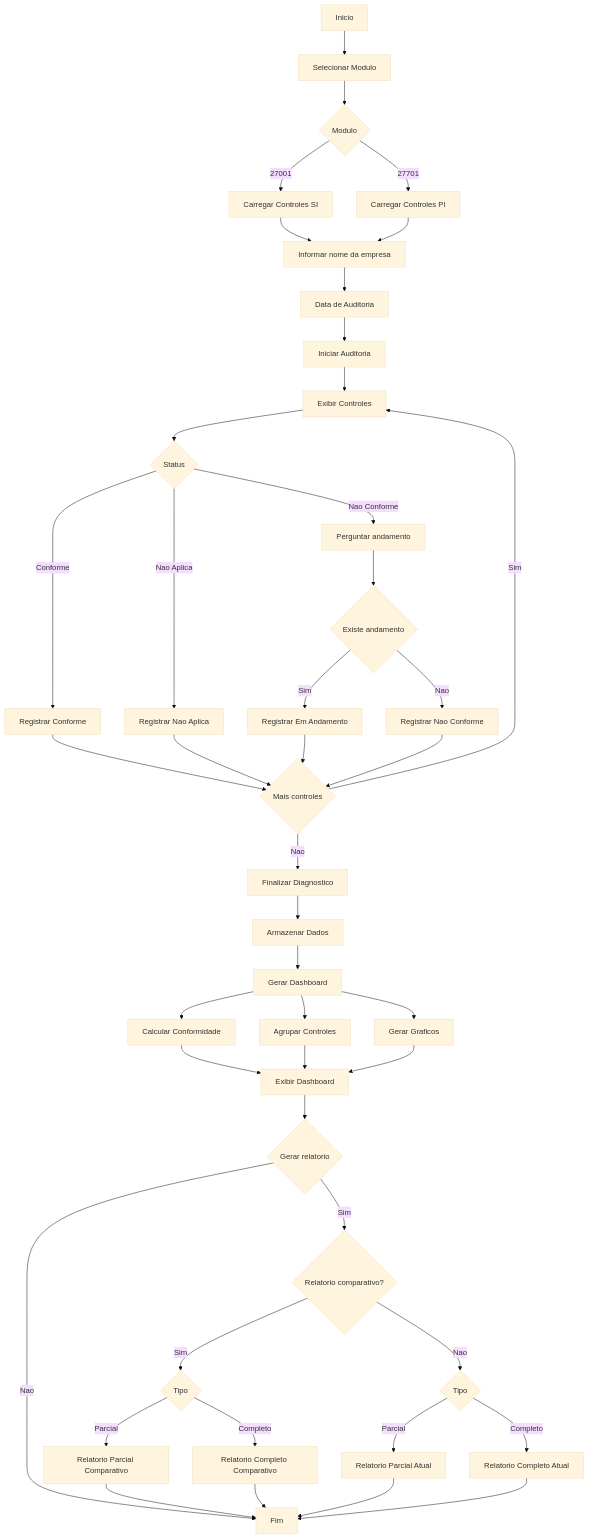
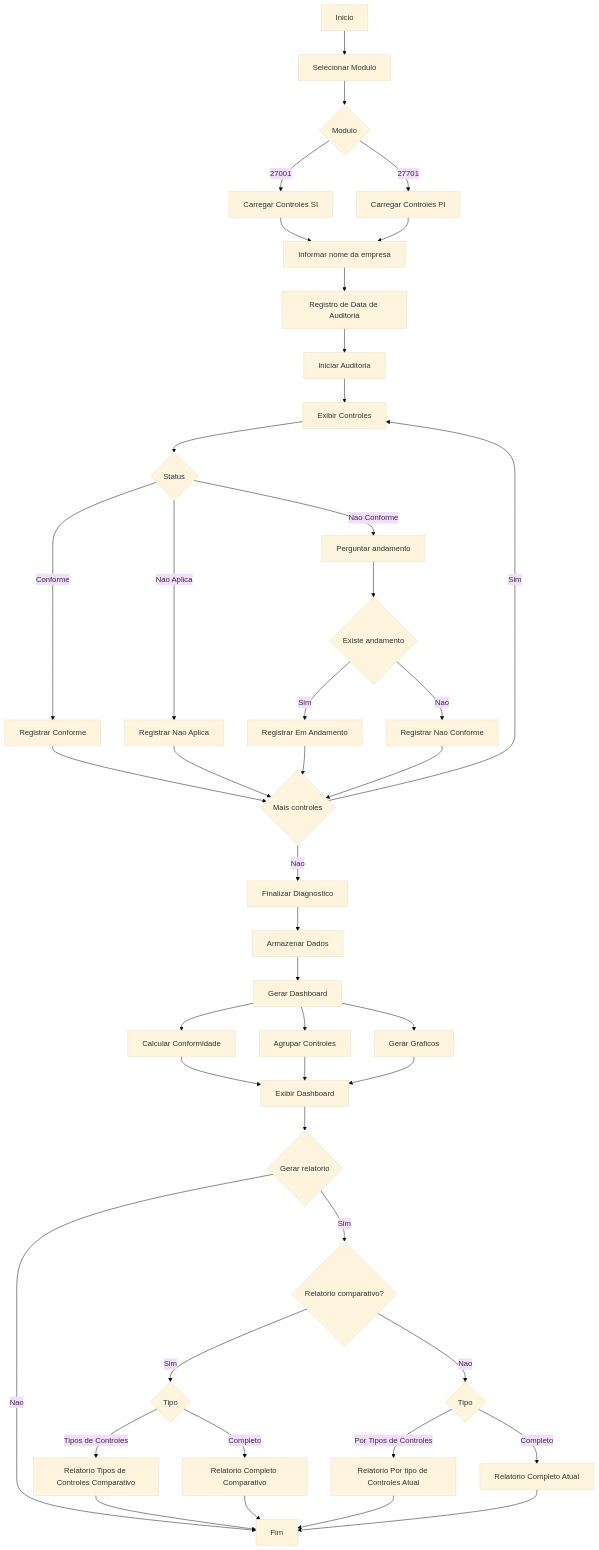
The diagram in projetos/PSI.md (mehranmisaghi/cybersecurity), drawn with Mermaid (base theme) before and after one commit. The commit also changed other lines of this file, not shown here.

Commit message:
updates PSI

````diff
--- a/projetos/PSI.md
+++ b/projetos/PSI.md
@@ -38,69 +38,69 @@
 ```mermaid
 flowchart TD
 
     A[Inicio] --> B[Selecionar Modulo]
 
     B --> C{Modulo}
 
     C -->|27001| D[Carregar Controles SI]
     C -->|27701| E[Carregar Controles PI]
 
     D --> F[Informar nome da empresa]
     E --> F
 
-    F --> G[Data de Auditoria]
+    F --> G[Registro de Data de Auditoria]
 
     G --> H[Iniciar Auditoria]
 
     H --> I[Exibir Controles]
 
     I --> J{Status}
 
     J -->|Conforme| K[Registrar Conforme]
     J -->|Nao Conforme| L[Perguntar andamento]
     J -->|Nao Aplica| M[Registrar Nao Aplica]
 
     L --> N{Existe andamento}
 
     N -->|Sim| O[Registrar Em Andamento]
     N -->|Nao| P[Registrar Nao Conforme]
 
     K --> Q{Mais controles}
     M --> Q
     O --> Q
     P --> Q
 
     Q -->|Sim| I
     Q -->|Nao| R[Finalizar Diagnostico]
 
     R --> S[Armazenar Dados]
 
     S --> T[Gerar Dashboard]
 
     T --> U[Calcular Conformidade]
     T --> V[Agrupar Controles]
     T --> W[Gerar Graficos]
 
     U --> X[Exibir Dashboard]
     V --> X
     W --> X
 
     X --> Y{Gerar relatorio}
 
     Y -->|Sim| Z{Relatorio comparativo?}
     Y -->|Nao| AF[Fim]
 
     Z -->|Sim| AA{Tipo}
     Z -->|Nao| AB{Tipo}
 
-    AA -->|Parcial| AC[Relatorio Parcial Comparativo]
+    AA -->|Tipos de Controles| AC[Relatorio Tipos de Controles Comparativo]
     AA -->|Completo| AD[Relatorio Completo Comparativo]
 
-    AB -->|Parcial| AE[Relatorio Parcial Atual]
+    AB -->|Por Tipos de Controles| AE[Relatorio Por tipo de Controles Atual]
     AB -->|Completo| AG[Relatorio Completo Atual]
 
     AC --> AF
     AD --> AF
     AE --> AF
     AG --> AF
 ```
````
